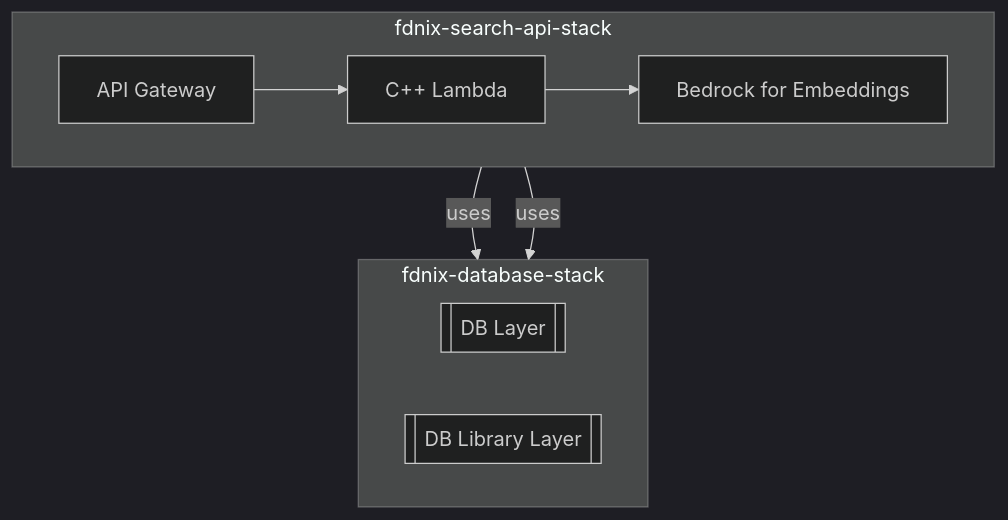
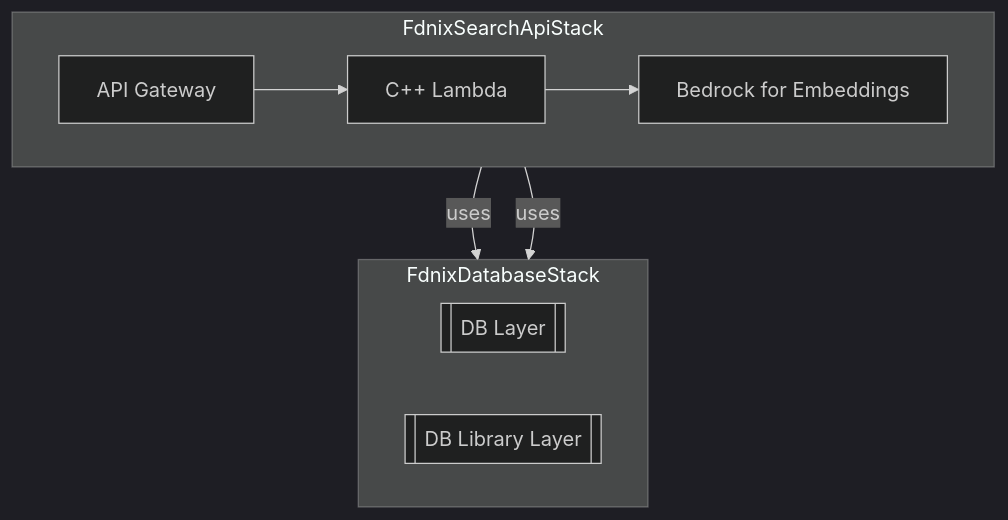
Before and after one commit to james-ralph8555/fdnix: the third of 4 diagrams in packages/cdk/README.md, drawn with Mermaid (dark theme). The commit also changed other lines of this file and 2 other files, not shown here.

````diff
--- a/packages/cdk/README.md
+++ b/packages/cdk/README.md
@@ -100,17 +100,17 @@
 ```mermaid
 graph TD
-    subgraph "fdnix-search-api-stack"
+    subgraph "FdnixSearchApiStack"
         direction LR
         api[API Gateway] --> lambda[C++ Lambda]
         lambda --> bedrock[Bedrock for Embeddings]
     end
 
-    subgraph "fdnix-database-stack"
+    subgraph "FdnixDatabaseStack"
         direction LR
         db_layer[[DB Layer]]
         db_lib_layer[[DB Library Layer]]
     end
 
     lambda -- uses --> db_layer
     lambda -- uses --> db_lib_layer
 ```
````
